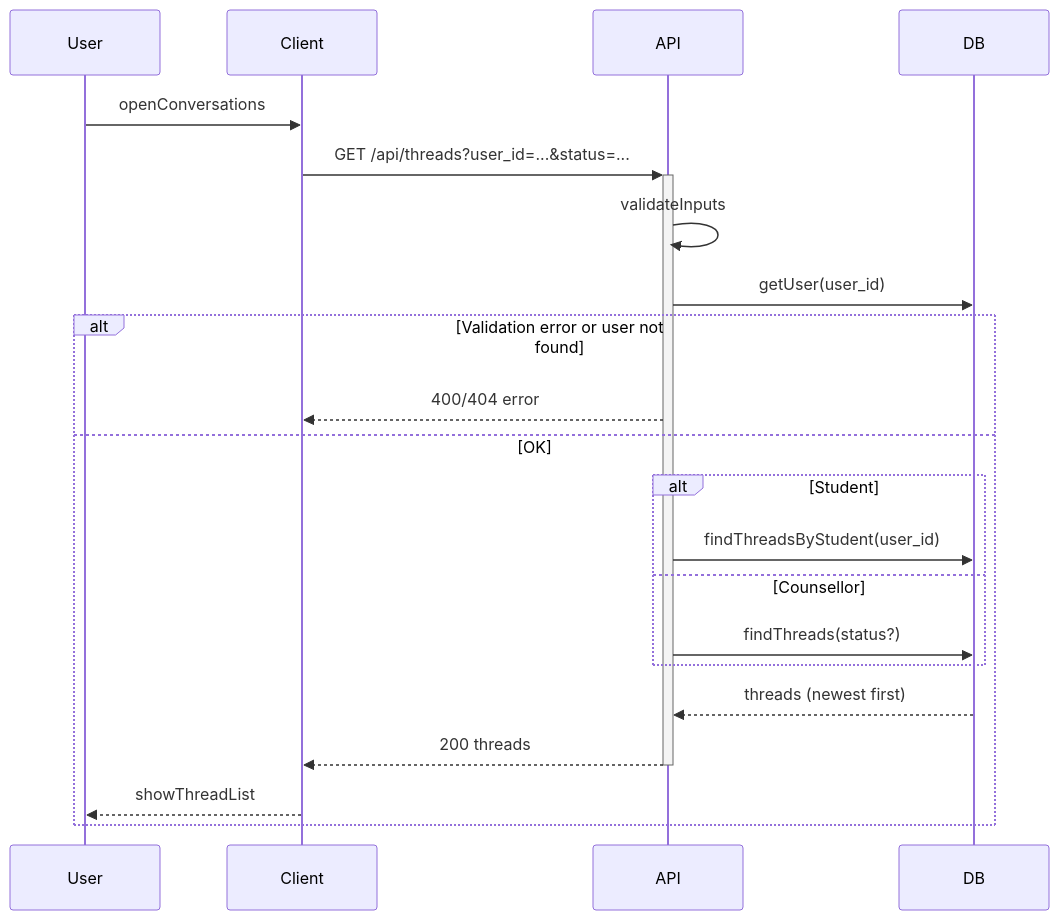
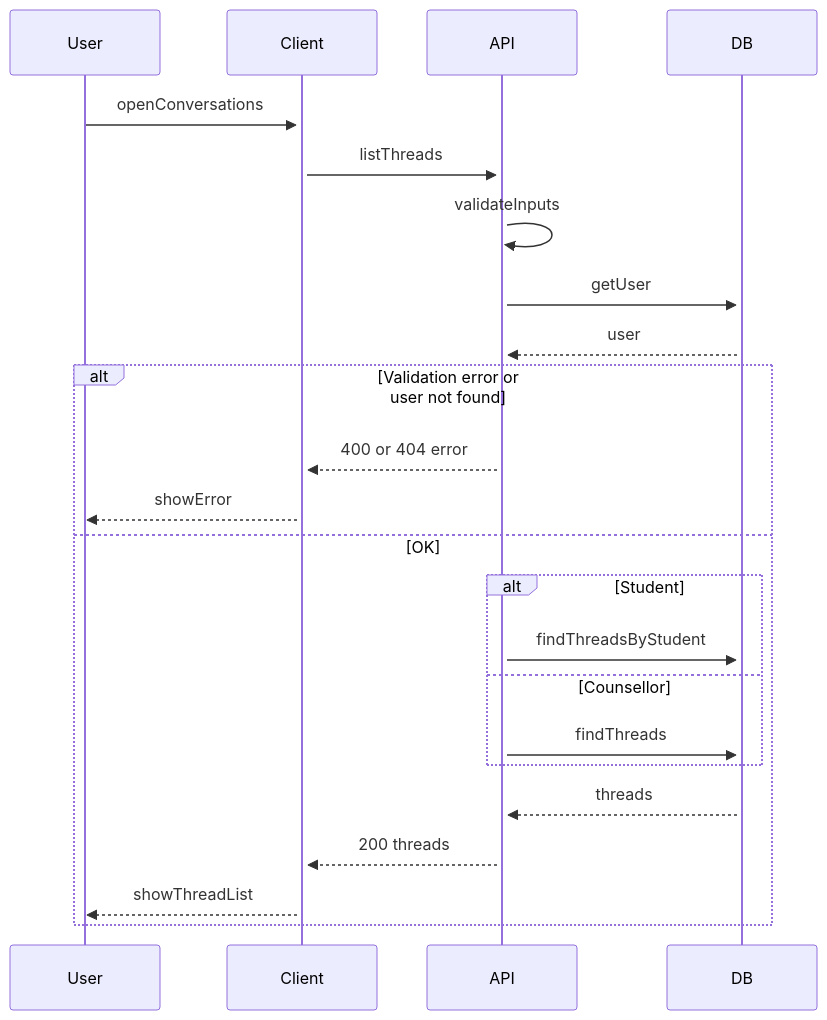
The diagram in docs/sequence-list-threads.md (sandyleedev/student-mental-support-app), drawn with Mermaid before and after one commit. The commit also changed 3 other files, not shown here.

````diff
--- a/docs/sequence-list-threads.md
+++ b/docs/sequence-list-threads.md
@@ -5,26 +5,27 @@
 ```mermaid
 sequenceDiagram
     participant User
     participant Client
     participant API
     participant DB
 
-    User->>Client: openConversations
-    Client->>+API: GET /api/threads?user_id=...&status=...
-
+    User->>+Client: openConversations
+    Client->>+API: listThreads
     API->>API: validateInputs
-    API->>DB: getUser(user_id)
+    API->>+DB: getUser
+    DB-->>API: user
 
     alt Validation error or user not found
-        API-->>Client: 400/404 error
+        API-->>Client: 400 or 404 error
+        Client-->>User: showError
     else OK
         alt Student
-            API->>DB: findThreadsByStudent(user_id)
+            API->>+DB: findThreadsByStudent
         else Counsellor
-            API->>DB: findThreads(status?)
+            API->>+DB: findThreads
         end
-        DB-->>API: threads (newest first)
-        API-->>-Client: 200 threads
+        DB-->>API: threads
+        API-->>Client: 200 threads
         Client-->>User: showThreadList
     end
 ```
````
